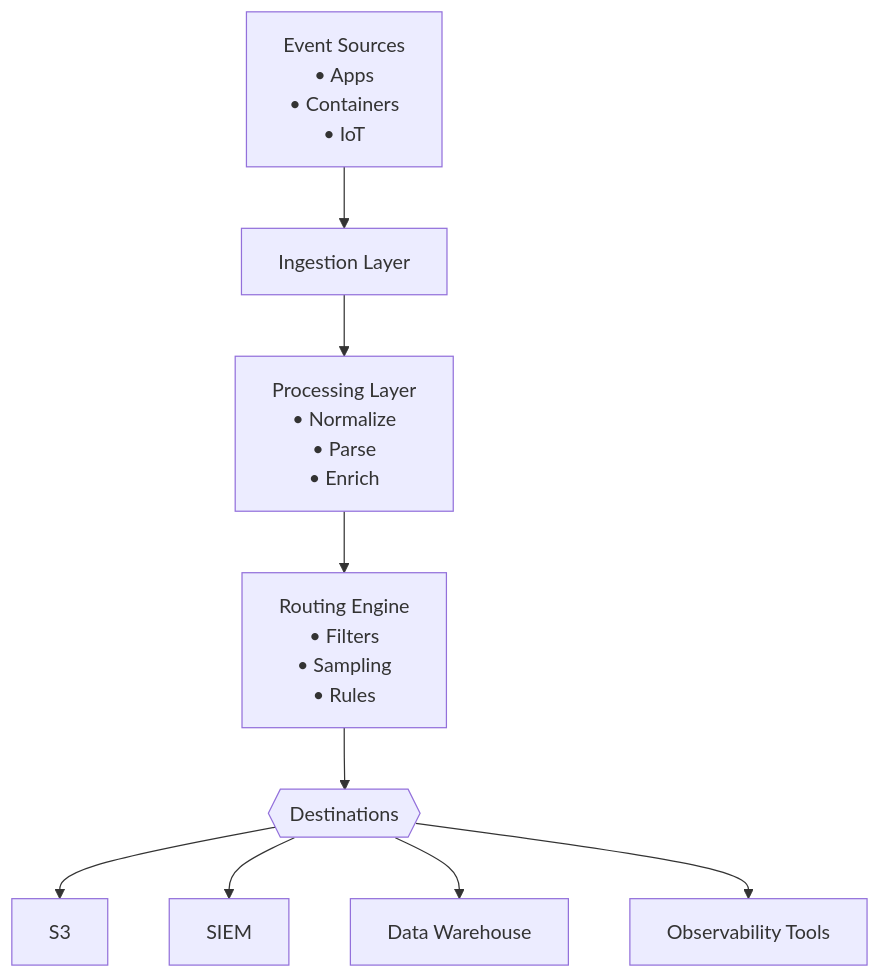
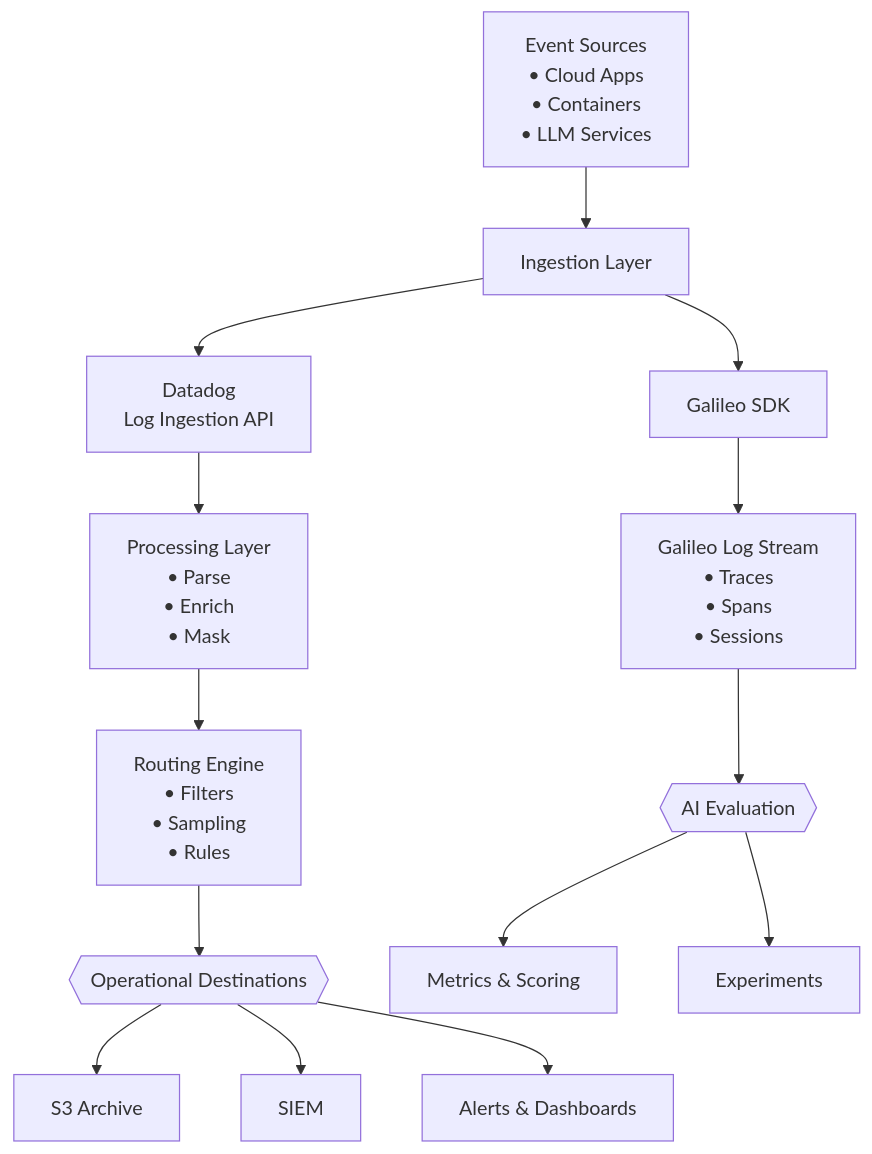
The diagram in raw-md-files/data-pipelines/event-streams.md (pvega62/software), drawn with Mermaid before and after one commit. The commit also changed other lines of this file and 436 other files, not shown here.

````diff
--- a/raw-md-files/data-pipelines/event-streams.md
+++ b/raw-md-files/data-pipelines/event-streams.md
@@ -33,11 +53,16 @@
 ```mermaid
 flowchart TD
-    A[Event Sources<br/>• Apps<br/>• Containers<br/>• IoT] --> B[Ingestion Layer]
-    B --> C[Processing Layer<br/>• Normalize<br/>• Parse<br/>• Enrich]
+    A[Event Sources<br/>• Cloud Apps<br/>• Containers<br/>• LLM Services] --> B[Ingestion Layer]
+    B --> B1[Datadog<br/>Log Ingestion API]
+    B --> B2[Galileo SDK]
+    B1 --> C[Processing Layer<br/>• Parse<br/>• Enrich<br/>• Mask]
     C --> D[Routing Engine<br/>• Filters<br/>• Sampling<br/>• Rules]
-    D --> E{{Destinations}}
-    E --> E1[S3]
+    D --> E{{Operational Destinations}}
+    E --> E1[S3 Archive]
     E --> E2[SIEM]
-    E --> E3[Data Warehouse]
-    E --> E4[Observability Tools]
+    E --> E3[Alerts & Dashboards]
+    B2 --> F[Galileo Log Stream<br/>• Traces<br/>• Spans<br/>• Sessions]
+    F --> G{{AI Evaluation}}
+    G --> G1[Metrics & Scoring]
+    G --> G2[Experiments]
 ```
````
